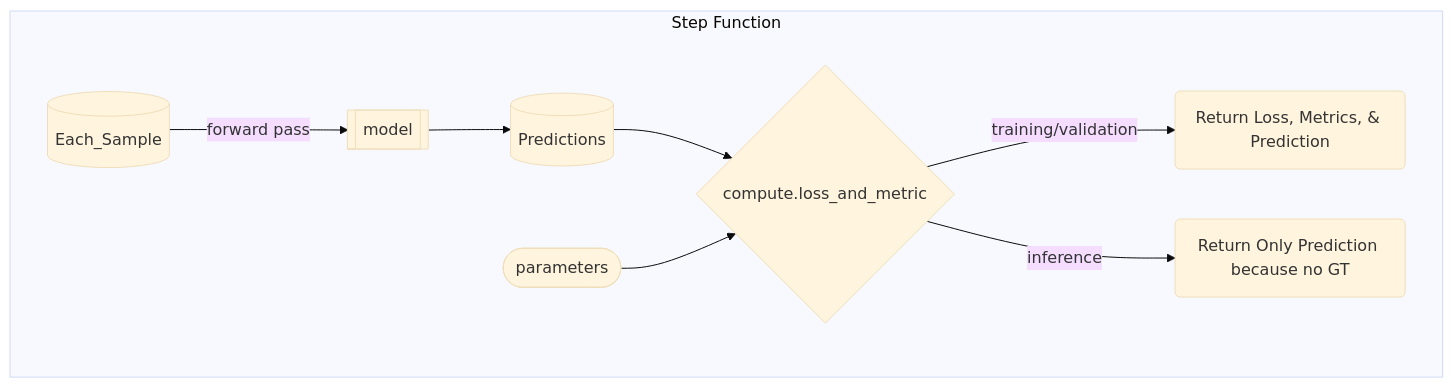
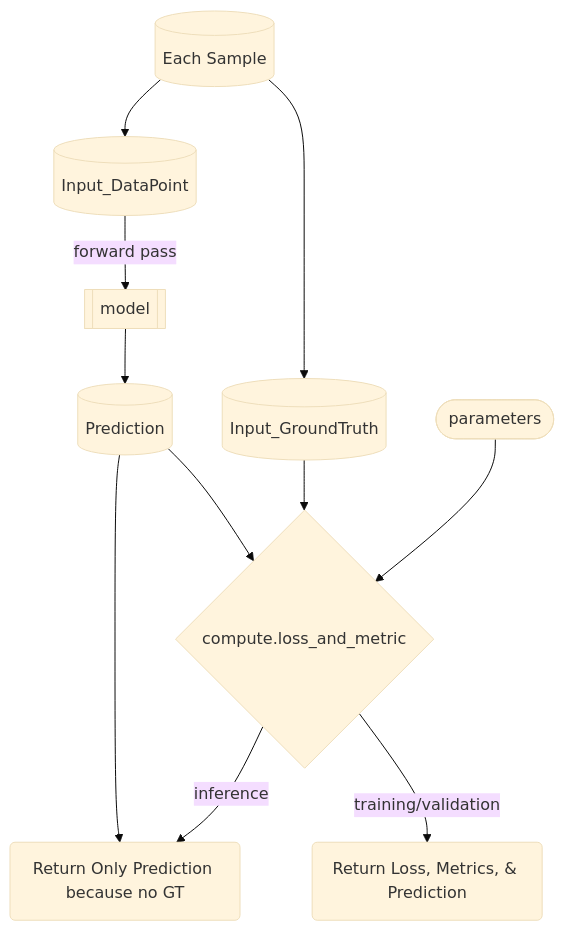
Before and after one commit to szmazurek/GaNDLF: the seventh of 8 diagrams in docs/flowchart.md, drawn with Mermaid (base theme). The commit also changed other lines of this file, not shown here.

````diff
--- a/docs/flowchart.md
+++ b/docs/flowchart.md
@@ -117,11 +117,12 @@
 ```mermaid
 flowchart TD
-    subgraph Step Function
-        Each_Sample[(Each_Sample)] -->|forward pass| model[[model]]
-        model --> Predictions[(Predictions)]
-        Predictions[(Predictions)] --> type{compute.loss_and_metric}
-        parameters([parameters]) --> type
-        type -->|training/validation| loss(Return Loss, Metrics, & Prediction)
-        type -->|inference| inferences_metrics(Return Only Prediction because no GT)
-    end
+    Each_Sample --> Input_GroundTruth[(Input_GroundTruth)] -->type{compute.loss_and_metric}
+    Each_Sample[(Each Sample)] -->Input_DataPoint
+    Input_DataPoint[(Input_DataPoint)] -->|forward pass| model[[model]]
+    model --> Prediction[(Prediction)]
+    Prediction --> type{compute.loss_and_metric}
+    parameters([parameters]) --> type
+    type -->|training/validation| loss(Return Loss, Metrics, & Prediction)
+    type -->|inference| inferences_metrics(Return Only Prediction because no GT)
+    Prediction --> inferences_metrics
 ```
````
